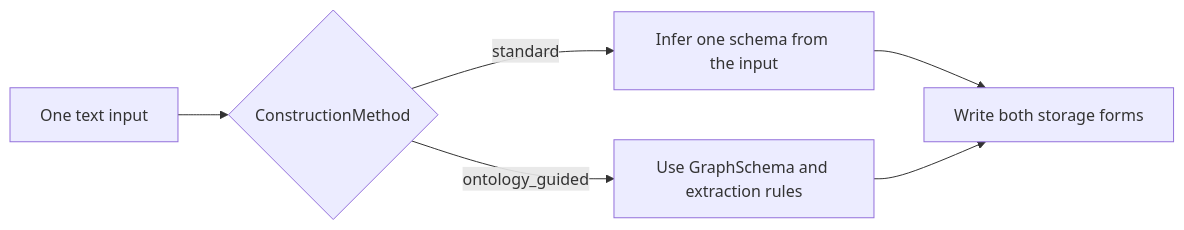
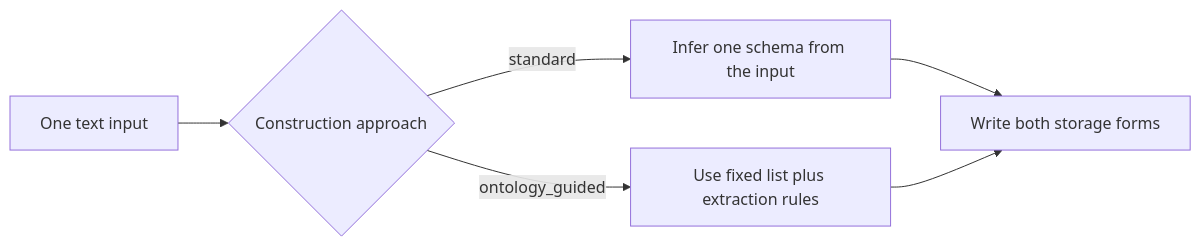
Before and after one commit to udit19199/RecRAG: the fourth of 4 diagrams in docs/graphrag/construction.md, drawn with Mermaid. The commit also changed other lines of this file and 14 other files, not shown here.

````diff
--- a/docs/graphrag/construction.md
+++ b/docs/graphrag/construction.md
@@ -122,8 +145,8 @@
 ```mermaid
 flowchart LR
-    A[One text input] --> B{ConstructionMethod}
+    A[One text input] --> B{Construction approach}
     B -->|standard| C[Infer one schema from the input]
-    B -->|ontology_guided| D[Use GraphSchema and extraction rules]
+    B -->|ontology_guided| D[Use fixed list plus extraction rules]
     C --> E[Write both storage forms]
     D --> E
 ```
````
